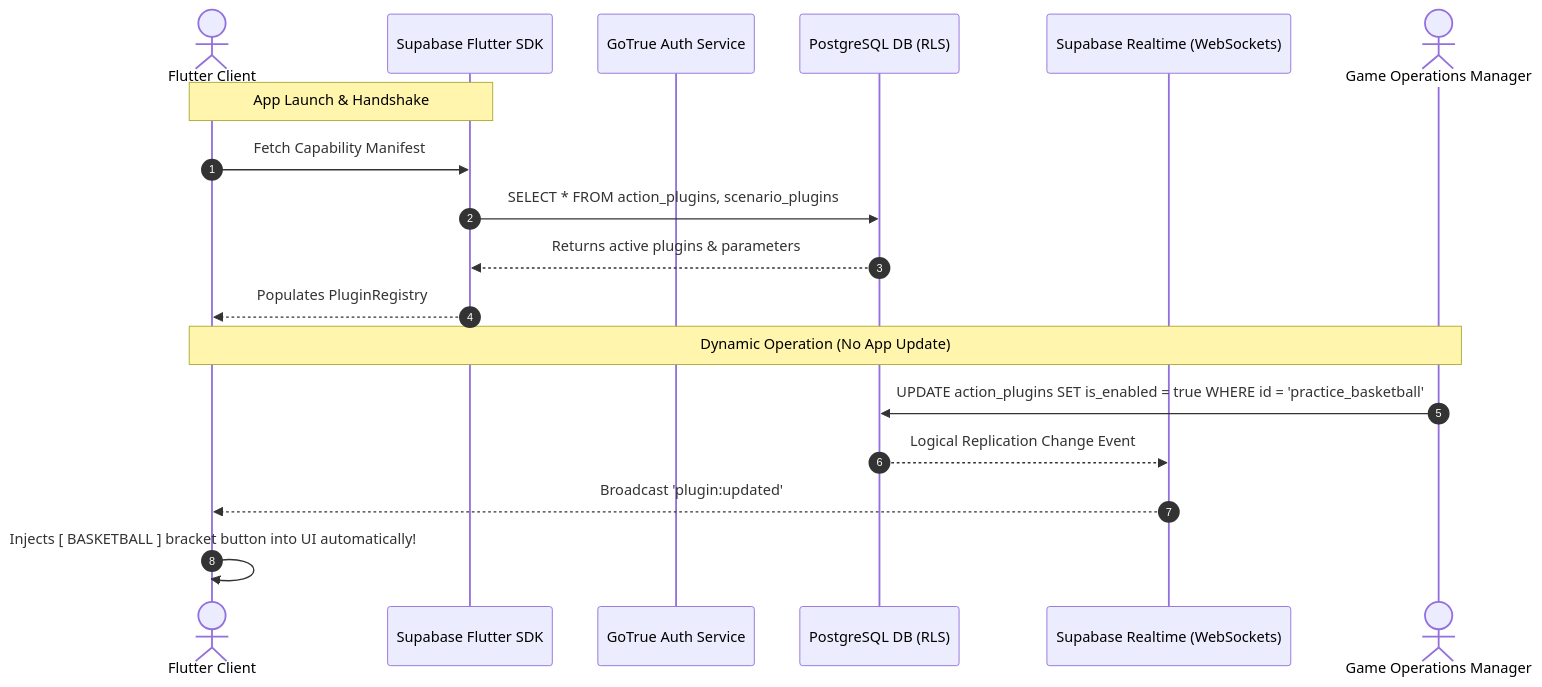
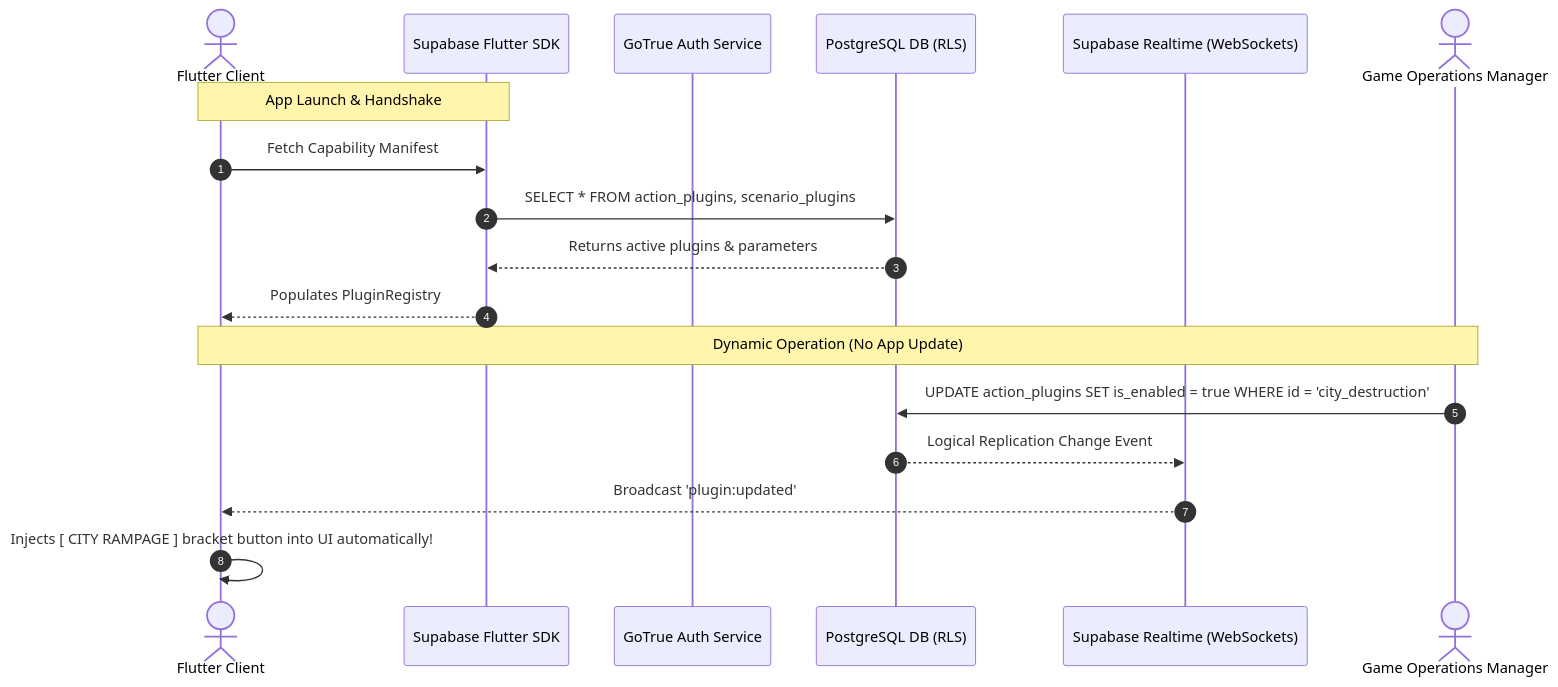
Before and after one commit to TheMrCorvy/HATCH.REF: the diagram in Documentation/Architecture/04-backend-and-realtime.md, drawn with Mermaid. The commit also changed 34 other files, not shown here.

````diff
--- a/Documentation/Architecture/04-backend-and-realtime.md
+++ b/Documentation/Architecture/04-backend-and-realtime.md
@@ -9,22 +9,22 @@
 ```mermaid
 sequenceDiagram
     autonumber
     actor Player as Flutter Client
     participant ClientSDK as Supabase Flutter SDK
     participant GoTrue as GoTrue Auth Service
     participant Postgres as PostgreSQL DB (RLS)
     participant Realtime as Supabase Realtime (WebSockets)
     actor Manager as Game Operations Manager
 
     Note over Player,ClientSDK: App Launch & Handshake
     Player->>ClientSDK: Fetch Capability Manifest
     ClientSDK->>Postgres: SELECT * FROM action_plugins, scenario_plugins
     Postgres-->>ClientSDK: Returns active plugins & parameters
     ClientSDK-->>Player: Populates PluginRegistry
 
     Note over Manager,Player: Dynamic Operation (No App Update)
-    Manager->>Postgres: UPDATE action_plugins SET is_enabled = true WHERE id = 'practice_basketball'
+    Manager->>Postgres: UPDATE action_plugins SET is_enabled = true WHERE id = 'city_destruction'
     Postgres-->>Realtime: Logical Replication Change Event
     Realtime-->>Player: Broadcast 'plugin:updated'
-    Player->>Player: Injects [ BASKETBALL ] bracket button into UI automatically!
+    Player->>Player: Injects [ CITY RAMPAGE ] bracket button into UI automatically!
 ```
````
